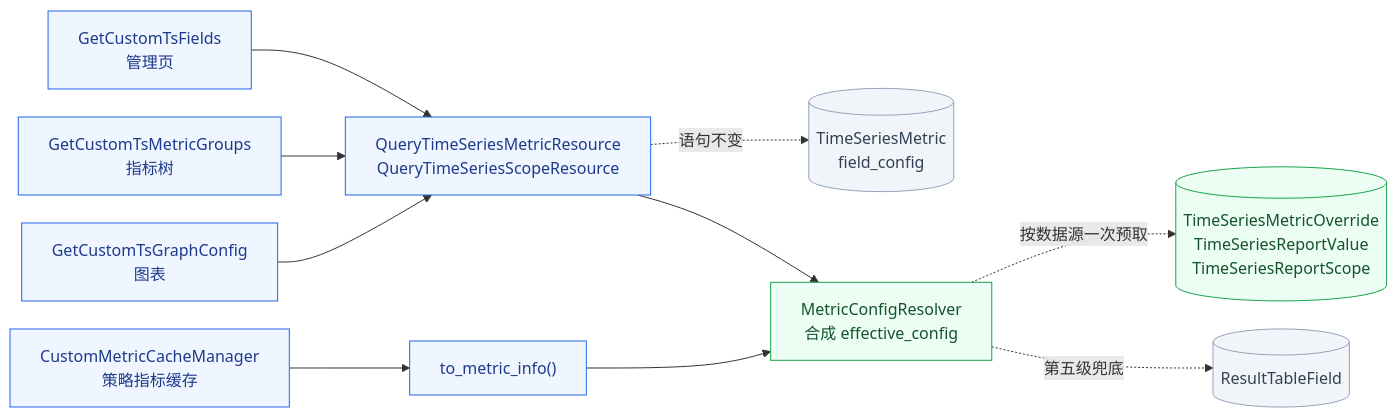
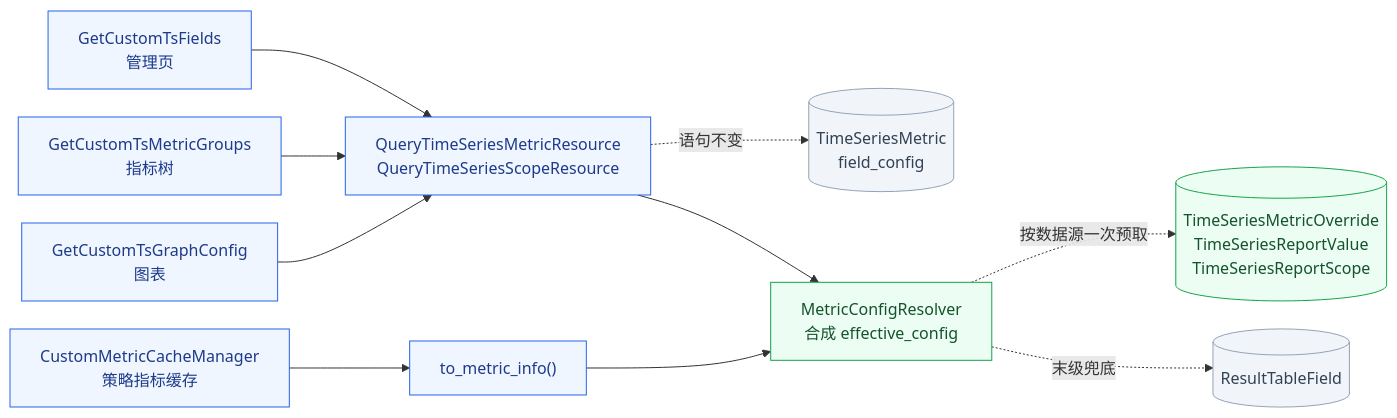
One commit to ZhuoZhuoCrayon/ai-workspace changed diagram 11 of 25 in knowledge/bkmonitor/issues/2026-09-15-custom-metric-metadata/PLAN.md. Above: the diagram before and after it, drawn with Mermaid. The commit also changed other lines of this file, not shown here.

````diff
--- a/knowledge/bkmonitor/issues/2026-09-15-custom-metric-metadata/PLAN.md
+++ b/knowledge/bkmonitor/issues/2026-09-15-custom-metric-metadata/PLAN.md
@@ -892,20 +772,20 @@
 ```mermaid
 %%{init: {"flowchart": {"nodeSpacing": 28, "rankSpacing": 56, "wrappingWidth": 400}}}%%
 flowchart LR
     Fields["GetCustomTsFields<br/>管理页"] --> Query
     Tree["GetCustomTsMetricGroups<br/>指标树"] --> Query
     Graph["GetCustomTsGraphConfig<br/>图表"] --> Query
     Cache["CustomMetricCacheManager<br/>策略指标缓存"] --> Info["to_metric_info()"]
     Query["QueryTimeSeriesMetricResource<br/>QueryTimeSeriesScopeResource"] -.->|"语句不变"| TSM[("TimeSeriesMetric<br/>field_config")]
     Query --> Resolver["MetricConfigResolver<br/>合成 effective_config"]
     Info --> Resolver
     Resolver -.->|"按数据源一次预取"| New[("TimeSeriesMetricOverride<br/>TimeSeriesReportValue<br/>TimeSeriesReportScope")]
-    Resolver -.->|"第五级兜底"| RTF[("ResultTableField")]
+    Resolver -.->|"末级兜底"| RTF[("ResultTableField")]
 
     classDef old fill:#f1f5f9,stroke:#94a3b8,color:#334155
     classDef add fill:#ecfdf3,stroke:#16a34a,color:#14532d
     classDef change fill:#eff6ff,stroke:#2563eb,color:#1e3a8a
     class TSM,RTF old
     class Fields,Tree,Graph,Cache,Query,Info change
     class Resolver,New add
 ```
````
